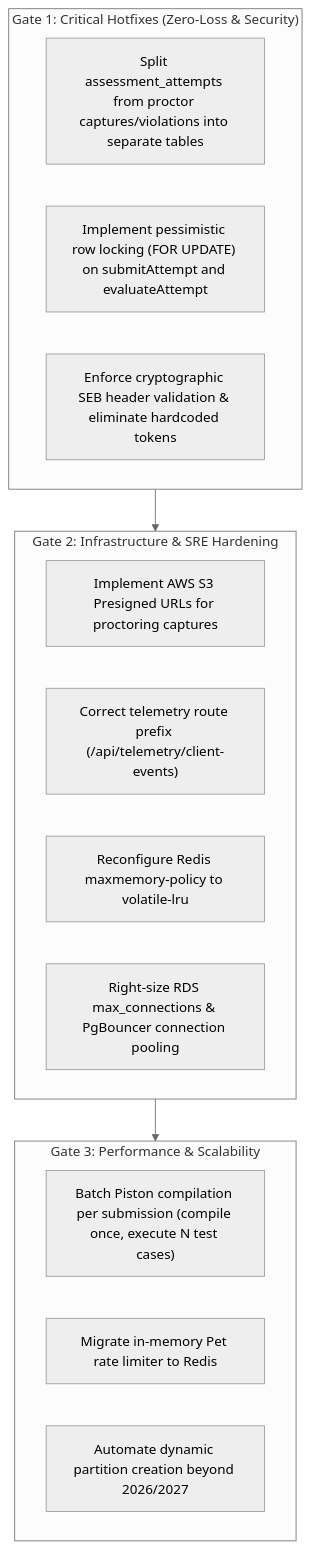
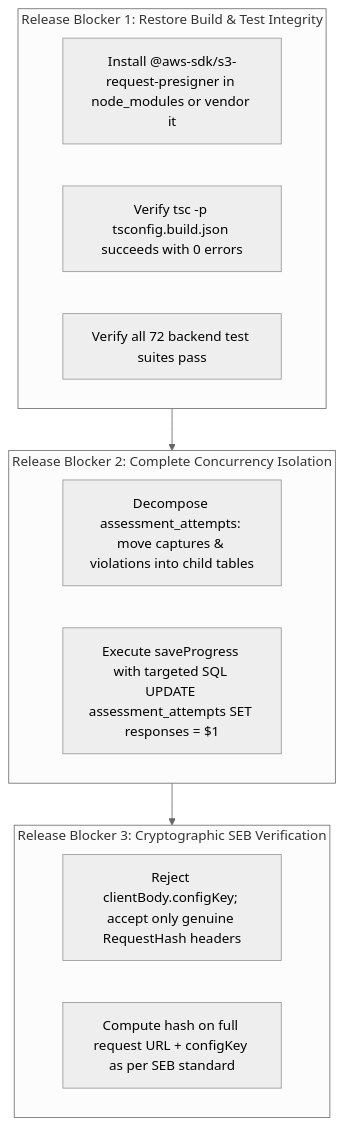
Before and after one commit to Abhinavvlog/codeskill: the diagram in engineering-audit/01_EXECUTIVE_SUMMARY.md, drawn with Mermaid (neutral theme). The commit also changed other lines of this file and 13 other files, not shown here.

````diff
--- a/engineering-audit/01_EXECUTIVE_SUMMARY.md
+++ b/engineering-audit/01_EXECUTIVE_SUMMARY.md
@@ -74,23 +75,20 @@
 ```mermaid
 flowchart TD
-    subgraph Gate1["Gate 1: Critical Hotfixes (Zero-Loss & Security)"]
-        G1A["Split assessment_attempts from proctor captures/violations into separate tables"]
-        G1B["Implement pessimistic row locking (FOR UPDATE) on submitAttempt and evaluateAttempt"]
-        G1C["Enforce cryptographic SEB header validation & eliminate hardcoded tokens"]
+    subgraph Blocker["Release Blocker 1: Restore Build & Test Integrity"]
+        B1["Install @aws-sdk/s3-request-presigner in node_modules or vendor it"]
+        B2["Verify tsc -p tsconfig.build.json succeeds with 0 errors"]
+        B3["Verify all 72 backend test suites pass"]
     end
 
-    subgraph Gate2["Gate 2: Infrastructure & SRE Hardening"]
-        G2A["Implement AWS S3 Presigned URLs for proctoring captures"]
-        G2B["Correct telemetry route prefix (/api/telemetry/client-events)"]
-        G2C["Reconfigure Redis maxmemory-policy to volatile-lru"]
-        G2D["Right-size RDS max_connections & PgBouncer connection pooling"]
+    subgraph Blocker2["Release Blocker 2: Complete Concurrency Isolation"]
+        B4["Decompose assessment_attempts: move captures & violations into child tables"]
+        B5["Execute saveProgress with targeted SQL UPDATE assessment_attempts SET responses = $1"]
     end
 
-    subgraph Gate3["Gate 3: Performance & Scalability"]
-        G3A["Batch Piston compilation per submission (compile once, execute N test cases)"]
-        G3B["Migrate in-memory Pet rate limiter to Redis"]
-        G3C["Automate dynamic partition creation beyond 2026/2027"]
+    subgraph Blocker3["Release Blocker 3: Cryptographic SEB Verification"]
+        B6["Reject clientBody.configKey; accept only genuine RequestHash headers"]
+        B7["Compute hash on full request URL + configKey as per SEB standard"]
     end
 
-    Gate1 --> Gate2 --> Gate3
+    Blocker --> Blocker2 --> Blocker3
 ```
````
